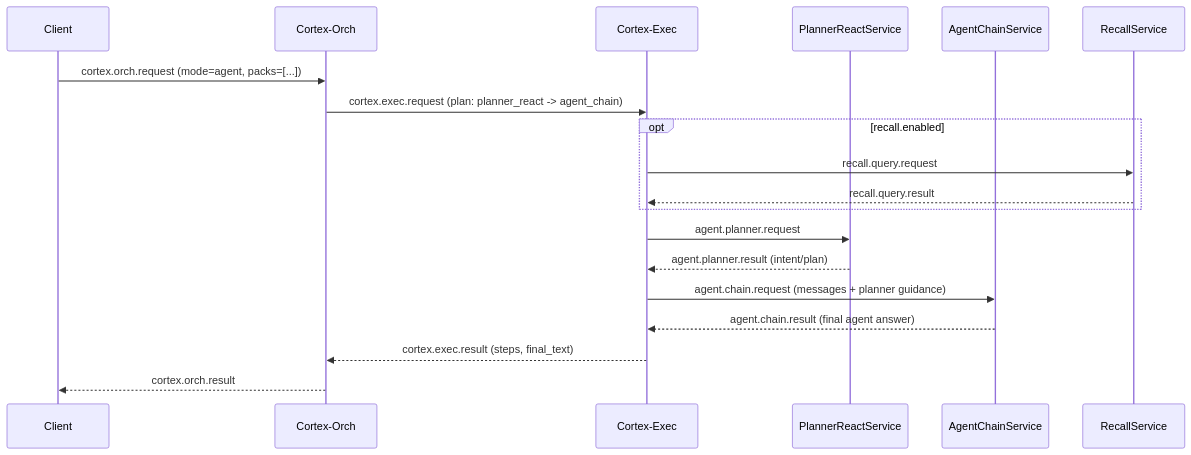
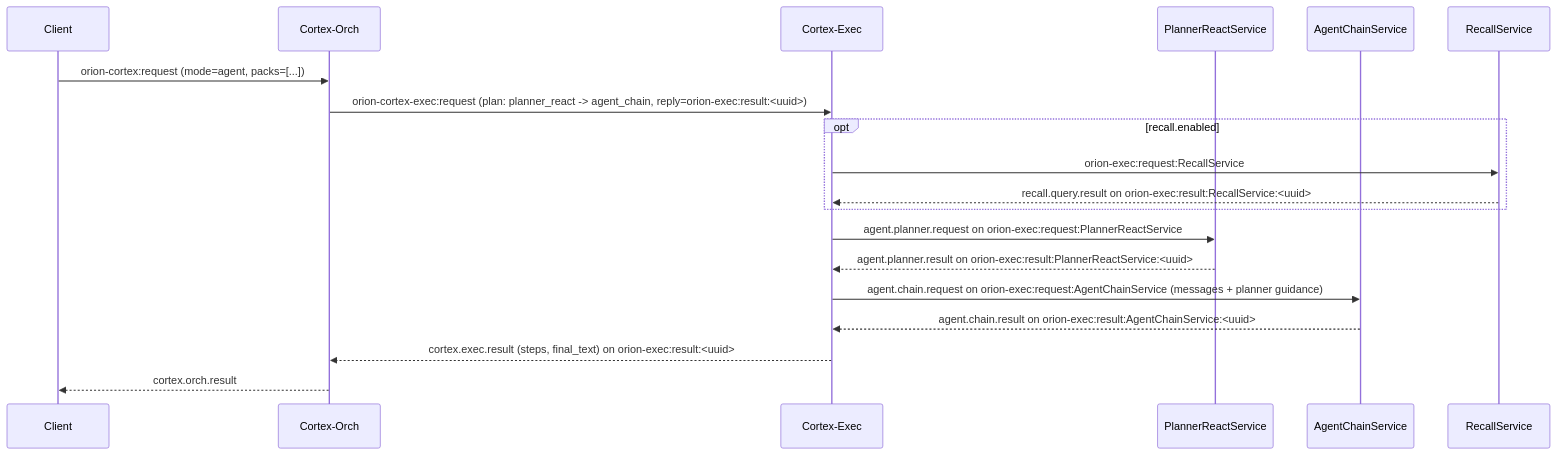
The third of 4 diagrams in docs/llm_services.md (junebug-junie/Orion-Sapienform), drawn with Mermaid before and after one commit. The commit also changed other lines of this file and 10 other files, not shown here.

````diff
--- a/docs/llm_services.md
+++ b/docs/llm_services.md
@@ -77,22 +77,22 @@
 ```mermaid
 sequenceDiagram
     participant Client
     participant Orch as Cortex-Orch
     participant Exec as Cortex-Exec
     participant Planner as PlannerReactService
     participant Agent as AgentChainService
     participant Recall as RecallService
 
-    Client->>Orch: cortex.orch.request (mode=agent, packs=[...])
-    Orch->>Exec: cortex.exec.request (plan: planner_react -> agent_chain)
+    Client->>Orch: orion-cortex:request (mode=agent, packs=[...])
+    Orch->>Exec: orion-cortex-exec:request (plan: planner_react -> agent_chain, reply=orion-exec:result:<uuid>)
     opt recall.enabled
-        Exec->>Recall: recall.query.request
-        Recall-->>Exec: recall.query.result
+        Exec->>Recall: orion-exec:request:RecallService
+        Recall-->>Exec: recall.query.result on orion-exec:result:RecallService:<uuid>
     end
-    Exec->>Planner: agent.planner.request
-    Planner-->>Exec: agent.planner.result (intent/plan)
-    Exec->>Agent: agent.chain.request (messages + planner guidance)
-    Agent-->>Exec: agent.chain.result (final agent answer)
-    Exec-->>Orch: cortex.exec.result (steps, final_text)
+    Exec->>Planner: agent.planner.request on orion-exec:request:PlannerReactService
+    Planner-->>Exec: agent.planner.result on orion-exec:result:PlannerReactService:<uuid>
+    Exec->>Agent: agent.chain.request on orion-exec:request:AgentChainService (messages + planner guidance)
+    Agent-->>Exec: agent.chain.result on orion-exec:result:AgentChainService:<uuid>
+    Exec-->>Orch: cortex.exec.result (steps, final_text) on orion-exec:result:<uuid>
     Orch-->>Client: cortex.orch.result
 ```
````
